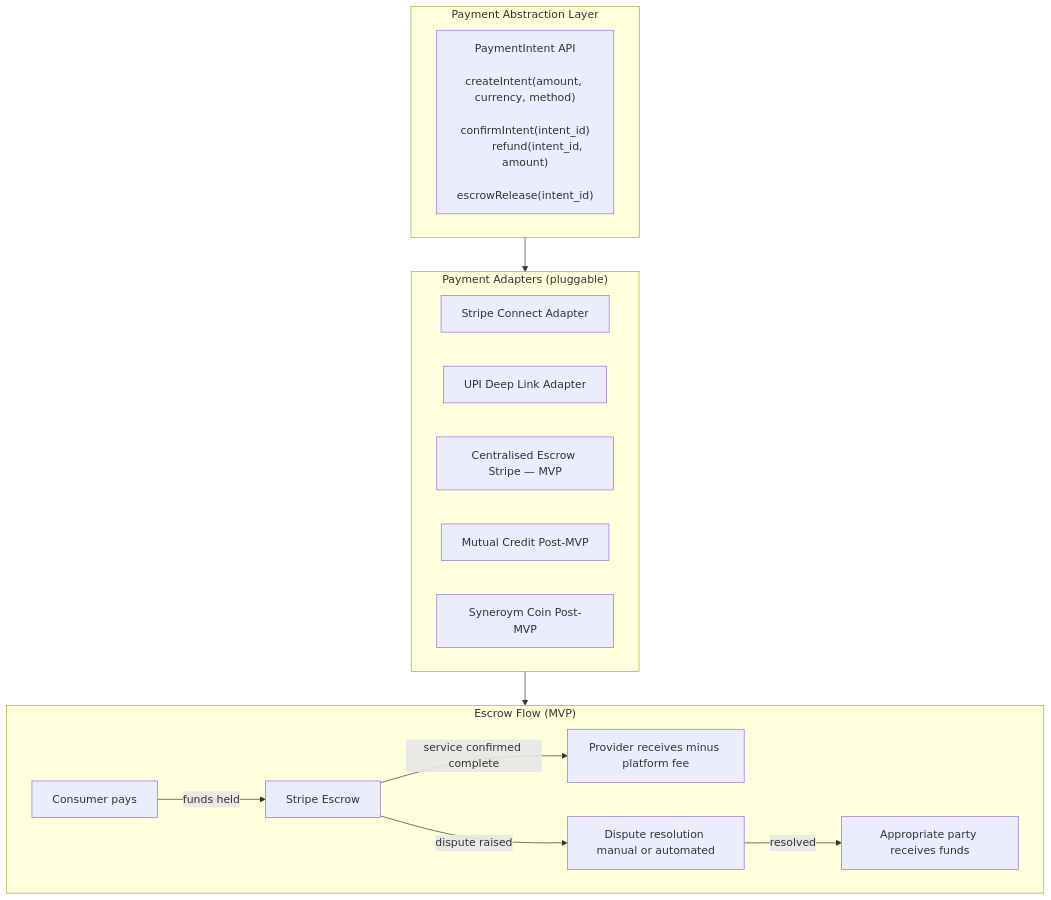
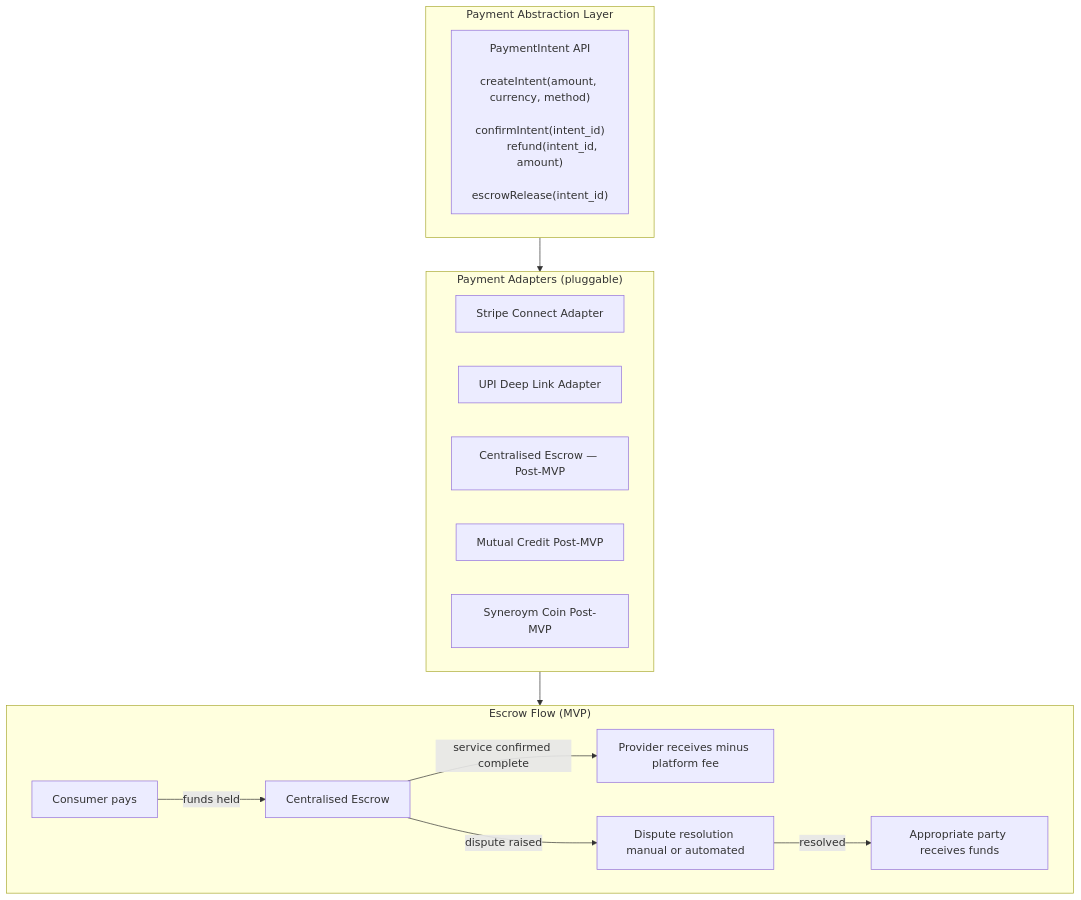
One commit to syneroym/syneroym changed diagram 14 of 22 in docs/architecture.md. Above: the diagram before and after it, drawn with Mermaid. The commit also changed other lines of this file, not shown here.

````diff
--- a/docs/architecture.md
+++ b/docs/architecture.md
@@ -573,29 +575,29 @@
 ```mermaid
 flowchart TD
     subgraph PAY_ABSTRACT["Payment Abstraction Layer"]
         API["PaymentIntent API
         createIntent(amount, currency, method)
         confirmIntent(intent_id)
         refund(intent_id, amount)
         escrowRelease(intent_id)"]
     end
 
     subgraph ADAPTERS["Payment Adapters (pluggable)"]
         STRIPE[Stripe Connect Adapter]
         UPI[UPI Deep Link Adapter]
-        ESCROW[Centralised Escrow Stripe — MVP]
+        ESCROW[Centralised Escrow — Post-MVP]
         CREDIT[Mutual Credit Post-MVP]
         COIN[Syneroym Coin Post-MVP]
     end
 
     subgraph ESCROW_FLOW["Escrow Flow (MVP)"]
         direction LR
-        C[Consumer pays] -->|"funds held"| E[Stripe Escrow]
+        C[Consumer pays] -->|"funds held"| E[Centralised Escrow]
         E -->|"service confirmed complete"| P[Provider receives minus platform fee]
         E -->|"dispute raised"| D[Dispute resolution manual or automated]
         D -->|"resolved"| BOTH[Appropriate party receives funds]
     end
 
     PAY_ABSTRACT --> ADAPTERS
     ADAPTERS --> ESCROW_FLOW
 ```
````
